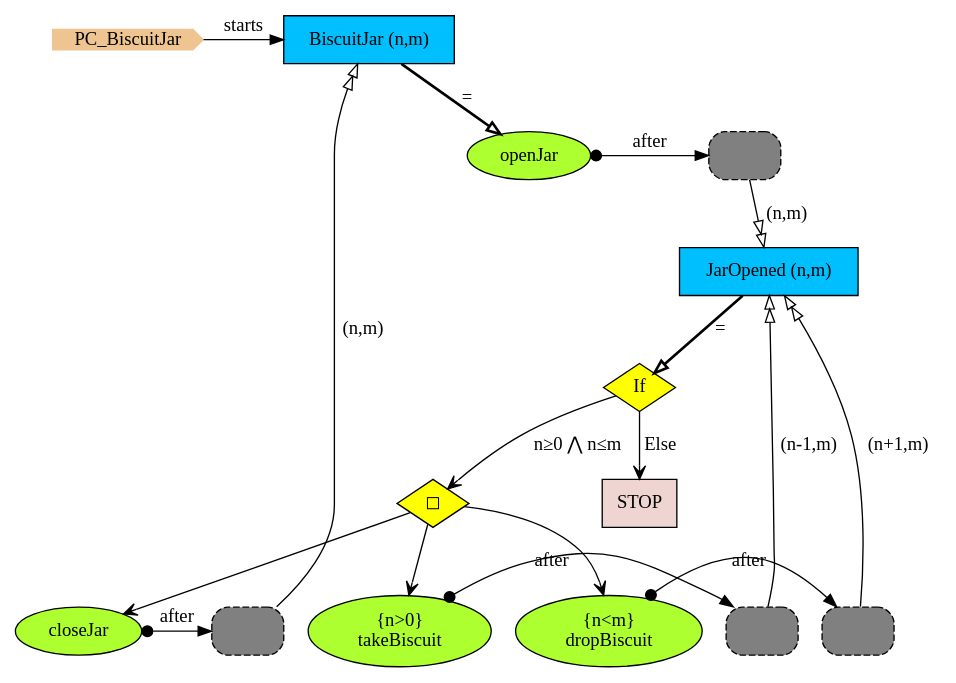
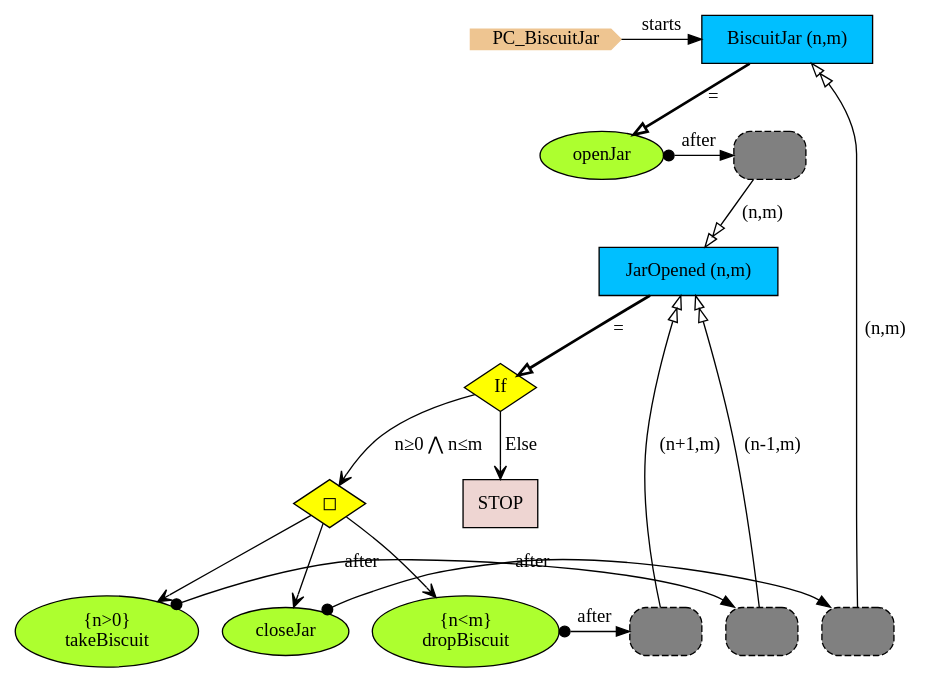
One commit to namalio/Fragmenta changed the diagram in Haskell/PCs/Examples/img/PC_BiscuitJar.gv. Above: the diagram before and after it, drawn with Graphviz. The commit also changed 33 other files, not shown here.

```diff
--- a/Haskell/PCs/Examples/img/PC_BiscuitJar.gv
+++ b/Haskell/PCs/Examples/img/PC_BiscuitJar.gv
@@ -1,43 +1,43 @@
 digraph {
 
 StartN_ [shape = cds,color=burlywood2,style=filled,height=.2,width=.2, label =PC_BiscuitJar];
 
-openJar [shape=ellipse,fillcolor=greenyellow,style=filled,label="openJar"];
-JarOpened [shape=box,fillcolor=deepskyblue,style = filled,label="JarOpened (n,m)"];
-OpJarOpenedIf [shape=diamond,fillcolor=yellow,style=filled,label="If"];
+BiscuitJar [shape=box,fillcolor=deepskyblue,style = filled,label="BiscuitJar (n,m)"];
+RefJarOpened1f4d2e68 [shape=rectangle,fillcolor=gray,style="rounded,filled,dashed",label=""];
+OpIf17752474 [shape=diamond,fillcolor=yellow,style=filled,label="If"];
+Stop71b85c62 [shape=box,fillcolor=mistyrose2,style = filled,label="STOP"];
+RefBiscuitJar61836503 [shape=rectangle,fillcolor=gray,style="rounded,filled,dashed",label=""];
+dropBiscuit [shape=ellipse,fillcolor=greenyellow,style=filled,label=" {n<m}
+dropBiscuit"];
+RefJarOpened3c206c5d [shape=rectangle,fillcolor=gray,style="rounded,filled,dashed",label=""];
+RefJarOpened19efc594 [shape=rectangle,fillcolor=gray,style="rounded,filled,dashed",label=""];
 takeBiscuit [shape=ellipse,fillcolor=greenyellow,style=filled,label=" {n>0}
 takeBiscuit"];
 closeJar [shape=ellipse,fillcolor=greenyellow,style=filled,label="closeJar"];
-RefJarOpenedTake [shape=rectangle,fillcolor=gray,style="rounded,filled,dashed",label=""];
-RefBiscuitJar [shape=rectangle,fillcolor=gray,style="rounded,filled,dashed",label=""];
-RefJarOpenedDrop [shape=rectangle,fillcolor=gray,style="rounded,filled,dashed",label=""];
-RefJarOpened [shape=rectangle,fillcolor=gray,style="rounded,filled,dashed",label=""];
-dropBiscuit [shape=ellipse,fillcolor=greenyellow,style=filled,label=" {n<m}
-dropBiscuit"];
-OpJarOpened [shape=diamond,fillcolor=yellow,style=filled,label="◻︎"];
-STOP [shape=box,fillcolor=mistyrose2,style = filled,label="STOP"];
-BiscuitJar [shape=box,fillcolor=deepskyblue,style = filled,label="BiscuitJar (n,m)"];
+Op7701253 [shape=diamond,fillcolor=yellow,style=filled,label="◻︎"];
+JarOpened [shape=box,fillcolor=deepskyblue,style = filled,label="JarOpened (n,m)"];
+openJar [shape=ellipse,fillcolor=greenyellow,style=filled,label="openJar"];
 
-{rank=same;RefBiscuitJar,closeJar}
-{rank=same;RefJarOpenedDrop,dropBiscuit}
-{rank=same;RefJarOpened,openJar}
-{rank=same;RefJarOpenedTake,takeBiscuit}
+{rank=same;RefJarOpened19efc594,dropBiscuit}
+{rank=same;RefJarOpened1f4d2e68,openJar}
+{rank=same;RefBiscuitJar61836503,closeJar}
+{rank=same;RefJarOpened3c206c5d,takeBiscuit}
 {rank=same;BiscuitJar,StartN_}
 
-closeJar->RefBiscuitJar[arrowtail=dot,dir=both,label="after"];
-dropBiscuit->RefJarOpenedDrop[arrowtail=dot,dir=both,label="after"];
-RefJarOpenedDrop->JarOpened[arrowhead="normalnormal",fillcolor=white,label=" (n+1,m)"];
-openJar->RefJarOpened[arrowtail=dot,dir=both,label="after"];
-OpJarOpened->closeJar[arrowhead="open"];
-OpJarOpened->takeBiscuit[arrowhead="open"];
-OpJarOpenedIf->OpJarOpened[arrowhead="open",label="n≥0 ⋀ n≤m"];
-OpJarOpenedIf->STOP[arrowhead="open",label="Else"];
-OpJarOpened->dropBiscuit[arrowhead="open"];
-RefJarOpened->JarOpened[arrowhead="normalnormal",fillcolor=white,label=" (n,m)"];
-RefJarOpenedTake->JarOpened[arrowhead="normalnormal",fillcolor=white,label=" (n-1,m)"];
-takeBiscuit->RefJarOpenedTake[arrowtail=dot,dir=both,label="after"];
-RefBiscuitJar->BiscuitJar[arrowhead="normalnormal",fillcolor=white,label=" (n,m)"];
-JarOpened->OpJarOpenedIf[arrowhead="onormal",penwidth=2,label="="];
+RefJarOpened3c206c5d->JarOpened[arrowhead="normalnormal",fillcolor=white,label=" (n-1,m)"];
+dropBiscuit->RefJarOpened19efc594[arrowtail=dot,dir=both,label="after"];
+RefBiscuitJar61836503->BiscuitJar[arrowhead="normalnormal",fillcolor=white,label=" (n,m)"];
+Op7701253->dropBiscuit[arrowhead="open"];
+Op7701253->closeJar[arrowhead="open"];
+OpIf17752474->Op7701253[arrowhead="open",label="n≥0 ⋀ n≤m"];
+openJar->RefJarOpened1f4d2e68[arrowtail=dot,dir=both,label="after"];
+RefJarOpened1f4d2e68->JarOpened[arrowhead="normalnormal",fillcolor=white,label=" (n,m)"];
+OpIf17752474->Stop71b85c62[arrowhead="open",label="Else"];
+Op7701253->takeBiscuit[arrowhead="open"];
+closeJar->RefBiscuitJar61836503[arrowtail=dot,dir=both,label="after"];
+takeBiscuit->RefJarOpened3c206c5d[arrowtail=dot,dir=both,label="after"];
+RefJarOpened19efc594->JarOpened[arrowhead="normalnormal",fillcolor=white,label=" (n+1,m)"];
 BiscuitJar->openJar[arrowhead="onormal",penwidth=2,label="="];
+JarOpened->OpIf17752474[arrowhead="onormal",penwidth=2,label="="];
 StartN_->BiscuitJar[label="starts"];
 }
```
